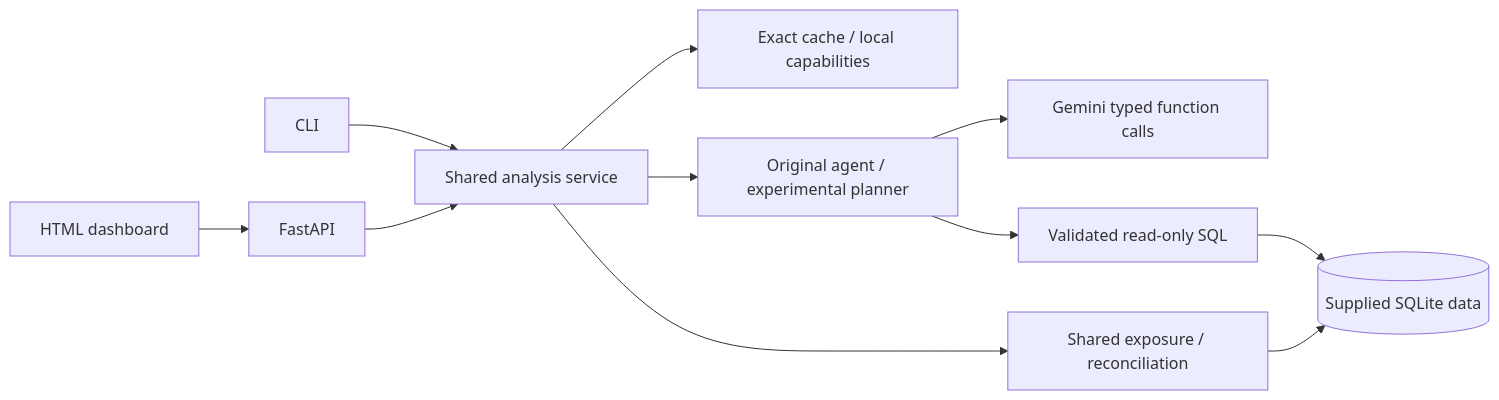
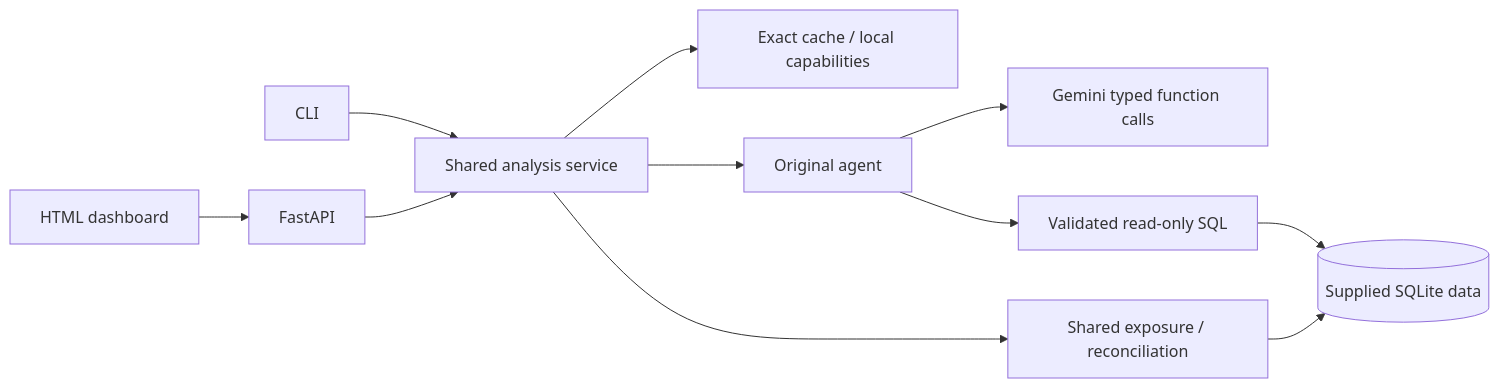
The diagram in README.md (Shaunakrane914/PortiQ), drawn with Mermaid before and after one commit. The commit also changed other lines of this file and 40 other files, not shown here.

Commit message:
refactor: prune experimental planner, merge renderer, and streamline v0.2 platform

````diff
--- a/README.md
+++ b/README.md
@@ -125,12 +123,12 @@
 ```mermaid
 flowchart LR
   CLI --> Service[Shared analysis service]
   Web[HTML dashboard] --> API[FastAPI] --> Service
   Service --> Cache[Exact cache / local capabilities]
-  Service --> Agent[Original agent / experimental planner]
+  Service --> Agent[Original agent]
   Agent --> Gemini[Gemini typed function calls]
   Agent --> SQL[Validated read-only SQL]
   Service --> Finance[Shared exposure / reconciliation]
   SQL --> DB[(Supplied SQLite data)]
   Finance --> DB
 ```
````
